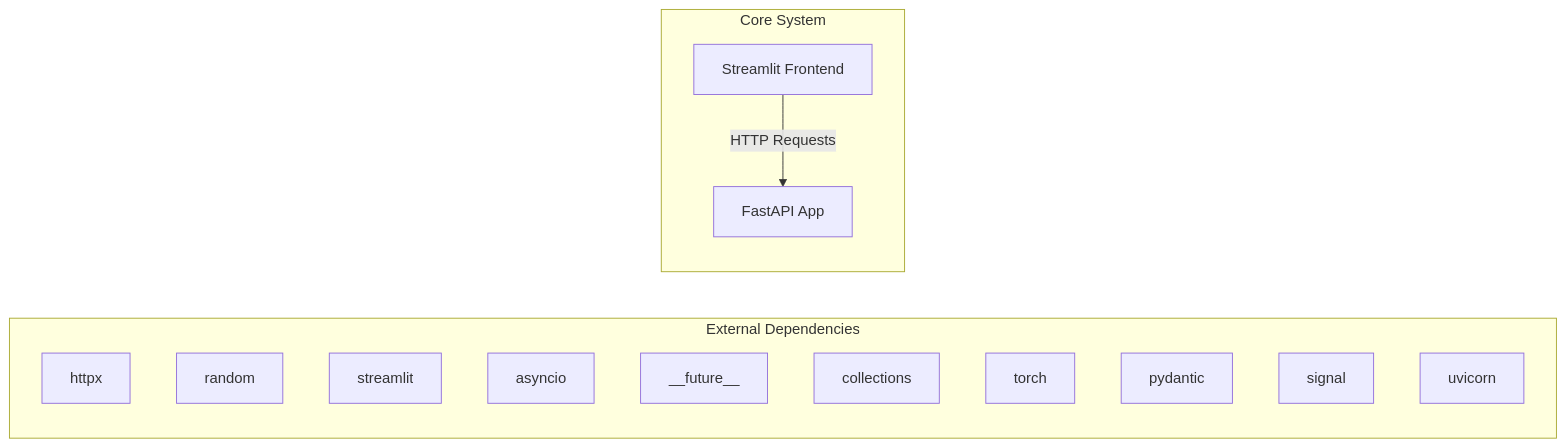
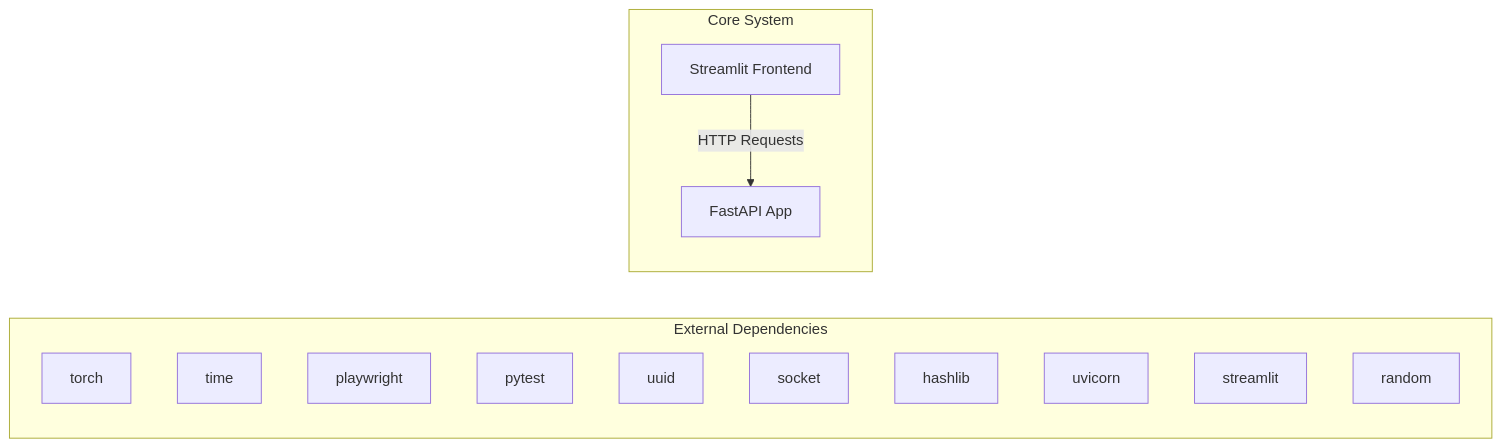
The first of 2 diagrams in docs/architecture.md (NITISH-R-G/rag-context-optimizer), drawn with Mermaid before and after one commit. The commit also changed other lines of this file and 1 other file, not shown here.

Commit message:
docs: auto-update repository knowledge, architecture diagrams, and documentation

````diff
--- a/docs/architecture.md
+++ b/docs/architecture.md
@@ -7,20 +7,20 @@
 ```mermaid
 graph LR
     subgraph External Dependencies
-        E0["httpx"]
-        E1["random"]
-        E2["streamlit"]
-        E3["asyncio"]
-        E4["__future__"]
-        E5["collections"]
-        E6["torch"]
-        E7["pydantic"]
-        E8["signal"]
-        E9["uvicorn"]
+        E0["torch"]
+        E1["time"]
+        E2["playwright"]
+        E3["pytest"]
+        E4["uuid"]
+        E5["socket"]
+        E6["hashlib"]
+        E7["uvicorn"]
+        E8["streamlit"]
+        E9["random"]
     end
     subgraph Core System
         API["FastAPI App"]
         UI["Streamlit Frontend"]
     end
     UI -->|HTTP Requests| API
 ```
````
